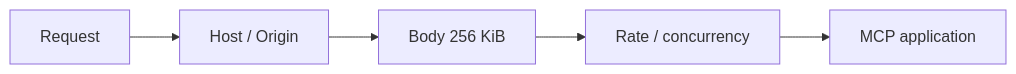
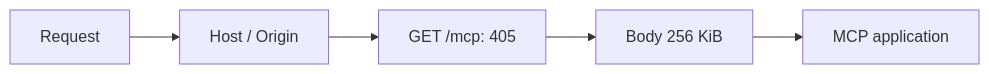
The diagram in docs/http-security.md (koobzaar/matrusp-mcp), drawn with Mermaid before and after one commit. The commit also changed other lines of this file and 9 other files, not shown here.

````diff
--- a/docs/http-security.md
+++ b/docs/http-security.md
@@ -18,7 +18,7 @@
 ```mermaid
 flowchart LR
     Q[Request] --> H[Host / Origin]
-    H --> B[Body 256 KiB]
-    B --> R[Rate / concurrency]
-    R --> M[MCP application]
+    H --> T[GET /mcp: 405]
+    T --> B[Body 256 KiB]
+    B --> M[MCP application]
 ```
````
